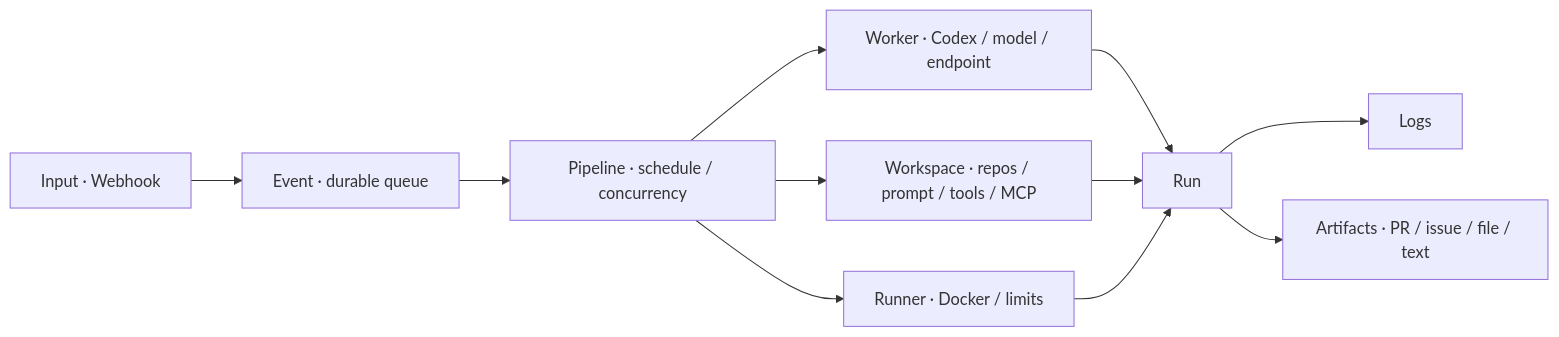
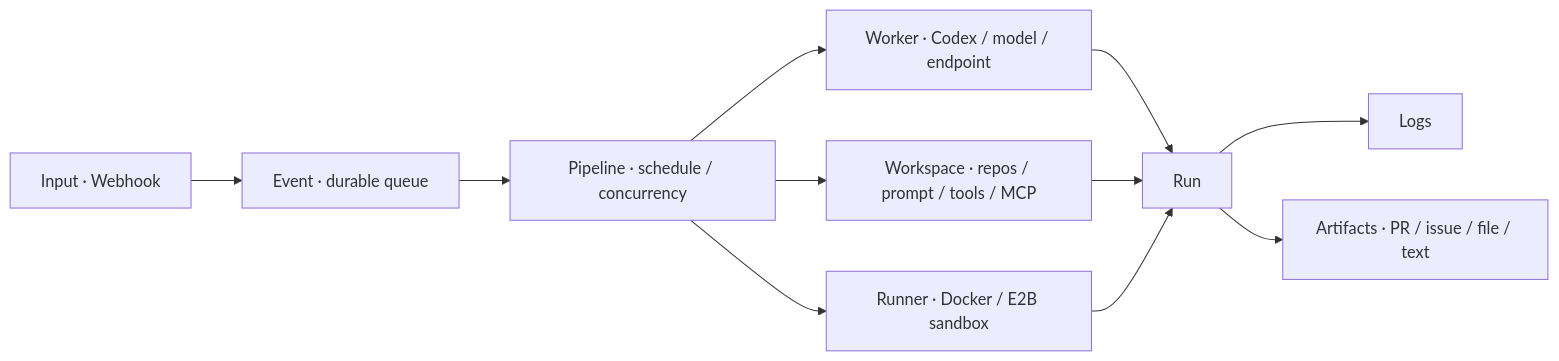
One commit to BingyanStudio/CloudPilot changed the diagram in docs/2026-10-31-resources-and-execution.md. Above: the diagram before and after it, drawn with Mermaid. The commit also changed other lines of this file and 8 other files, not shown here.

````diff
--- a/docs/2026-10-31-resources-and-execution.md
+++ b/docs/2026-10-31-resources-and-execution.md
@@ -5,13 +5,13 @@
 ```mermaid
 flowchart LR
   I[Input · Webhook] --> E[Event · durable queue]
   E --> P[Pipeline · schedule / concurrency]
   P --> W[Worker · Codex / model / endpoint]
   P --> S[Workspace · repos / prompt / tools / MCP]
-  P --> R[Runner · Docker / limits]
+  P --> R[Runner · Docker / E2B sandbox]
   W --> X[Run]
   S --> X
   R --> X
   X --> L[Logs]
   X --> A[Artifacts · PR / issue / file / text]
 ```
````
